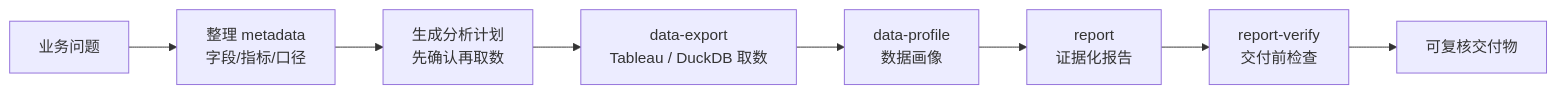
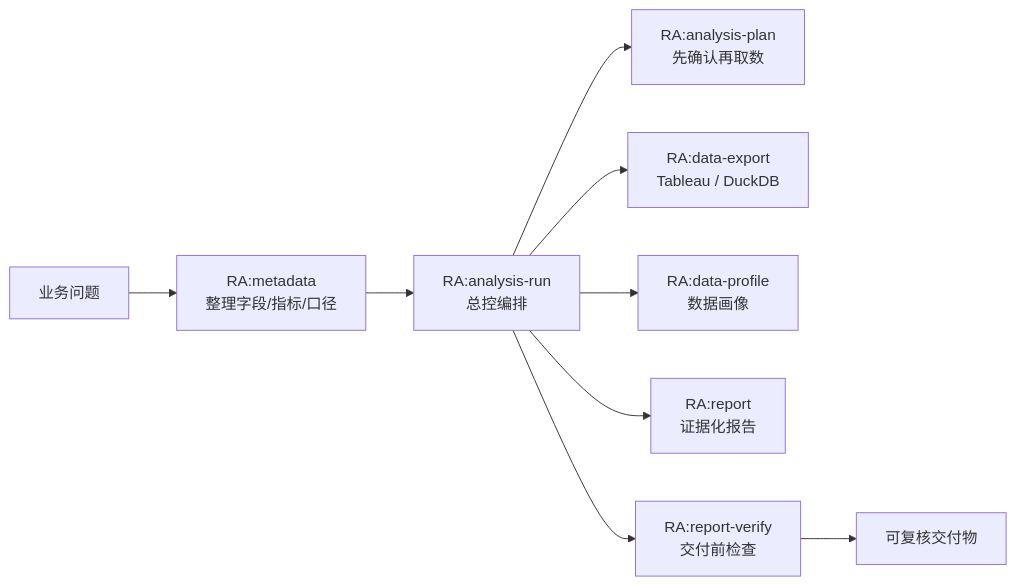
The first of 2 diagrams in README.md (dabaige53/RealAnalyst), drawn with Mermaid before and after one commit. The commit also changed other lines of this file and 62 other files, not shown here.

````diff
--- a/README.md
+++ b/README.md
@@ -172,10 +174,11 @@
 ```mermaid
 flowchart LR
-    Q[业务问题] --> M[整理 metadata<br/>字段/指标/口径]
-    M --> P[生成分析计划<br/>先确认再取数]
-    P --> E[data-export<br/>Tableau / DuckDB 取数]
-    E --> D[data-profile<br/>数据画像]
-    D --> R[report<br/>证据化报告]
-    R --> V[report-verify<br/>交付前检查]
+    Q[业务问题] --> M[RA:metadata<br/>整理字段/指标/口径]
+    M --> AR[RA:analysis-run<br/>总控编排]
+    AR --> P[RA:analysis-plan<br/>先确认再取数]
+    AR --> E[RA:data-export<br/>Tableau / DuckDB]
+    AR --> D[RA:data-profile<br/>数据画像]
+    AR --> R[RA:report<br/>证据化报告]
+    AR --> V[RA:report-verify<br/>交付前检查]
     V --> O[可复核交付物]
 ```
````
